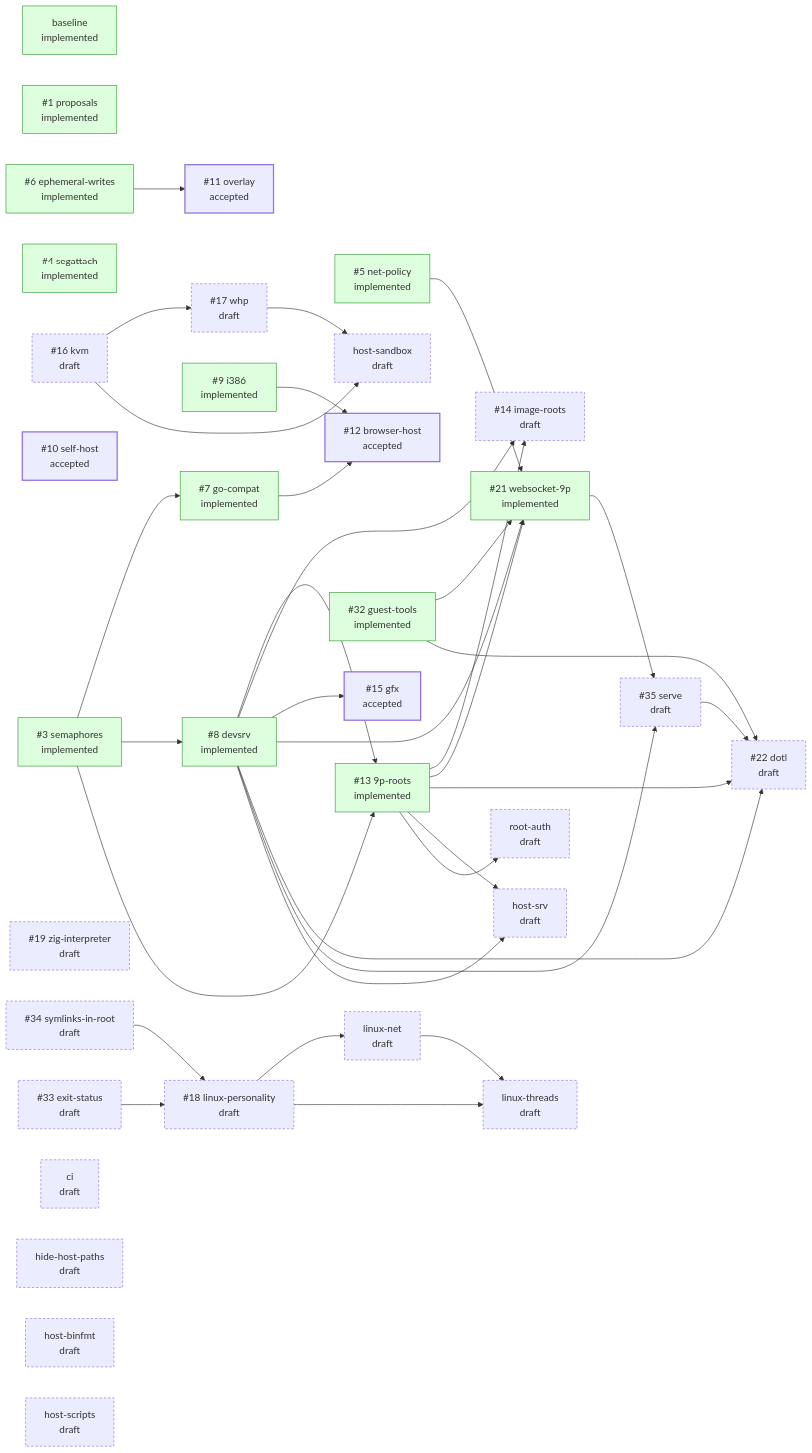
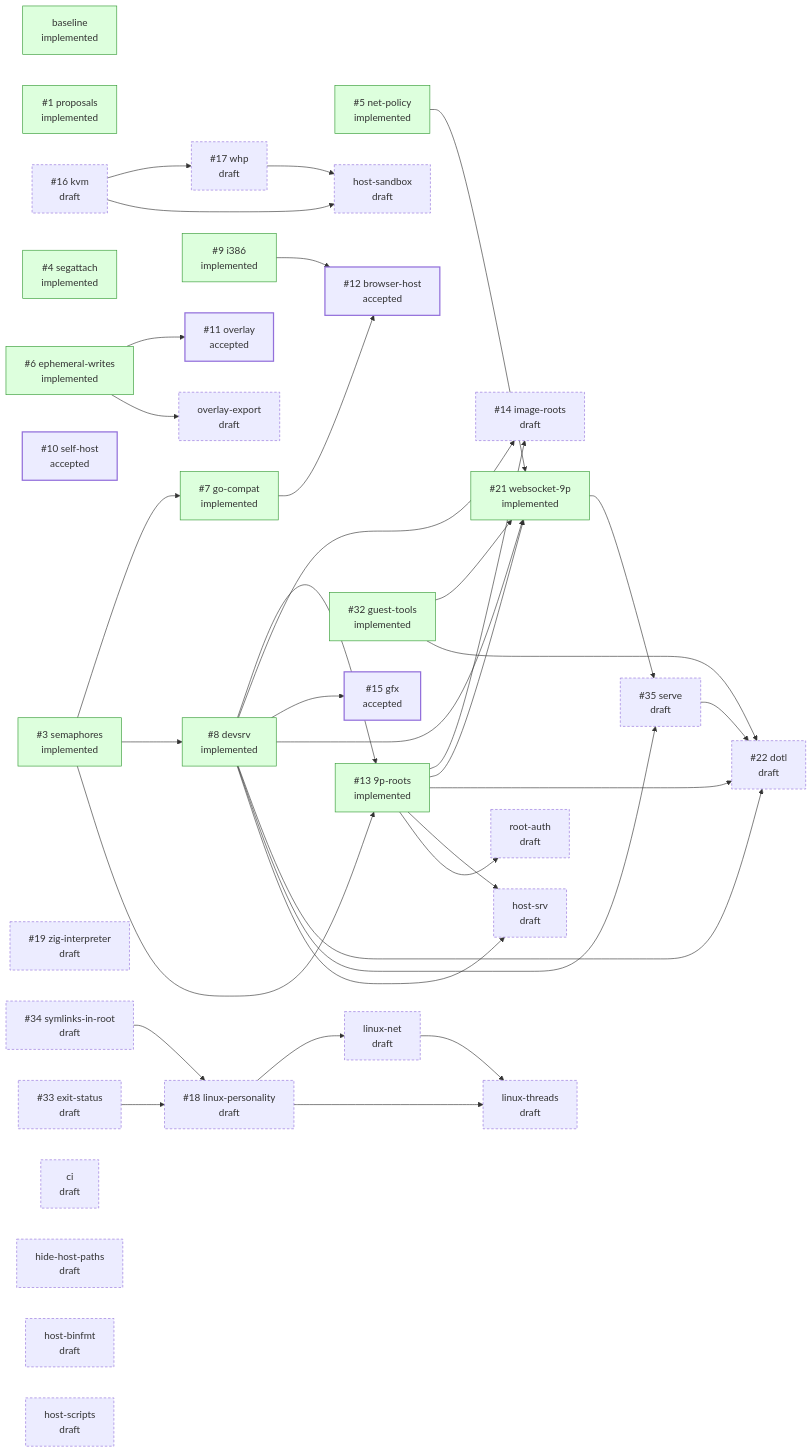
One commit to progrium/hyper9 changed the diagram in README.md. Above: the diagram before and after it, drawn with Mermaid. The commit also changed other lines of this file and 1 other file, not shown here.

Commit message:
design: draft overlay-export, exporting a run's overlay changes as an OCI layer tar
Claude-Session: https://claude.ai/code/session_01LLcnT1uJgitKLkWDd2sDxz

````diff
--- a/README.md
+++ b/README.md
@@ -52,72 +53,74 @@
 ```mermaid
 flowchart LR
   classDef draft stroke-dasharray: 4 3
   classDef accepted stroke-width: 2px
   classDef implemented fill:#dfd,stroke:#393
   classDef closed fill:#eee,stroke:#999,color:#777
   p_baseline["baseline<br/>implemented"]:::implemented
   p_proposals["#35;1 proposals<br/>implemented"]:::implemented
   p_semaphores["#35;3 semaphores<br/>implemented"]:::implemented
   p_segattach["#35;4 segattach<br/>implemented"]:::implemented
   p_net_policy["#35;5 net-policy<br/>implemented"]:::implemented
   p_ephemeral_writes["#35;6 ephemeral-writes<br/>implemented"]:::implemented
   p_go_compat["#35;7 go-compat<br/>implemented"]:::implemented
   p_devsrv["#35;8 devsrv<br/>implemented"]:::implemented
   p_i386["#35;9 i386<br/>implemented"]:::implemented
   p_self_host["#35;10 self-host<br/>accepted"]:::accepted
   p_overlay["#35;11 overlay<br/>accepted"]:::accepted
   p_browser_host["#35;12 browser-host<br/>accepted"]:::accepted
   p_9p_roots["#35;13 9p-roots<br/>implemented"]:::implemented
   p_image_roots["#35;14 image-roots<br/>draft"]:::draft
   p_gfx["#35;15 gfx<br/>accepted"]:::accepted
   p_kvm["#35;16 kvm<br/>draft"]:::draft
   p_whp["#35;17 whp<br/>draft"]:::draft
   p_linux_personality["#35;18 linux-personality<br/>draft"]:::draft
   p_zig_interpreter["#35;19 zig-interpreter<br/>draft"]:::draft
   p_websocket_9p["#35;21 websocket-9p<br/>implemented"]:::implemented
   p_dotl["#35;22 dotl<br/>draft"]:::draft
   p_guest_tools["#35;32 guest-tools<br/>implemented"]:::implemented
   p_exit_status["#35;33 exit-status<br/>draft"]:::draft
   p_symlinks_in_root["#35;34 symlinks-in-root<br/>draft"]:::draft
   p_serve["#35;35 serve<br/>draft"]:::draft
   p_ci["ci<br/>draft"]:::draft
   p_hide_host_paths["hide-host-paths<br/>draft"]:::draft
   p_host_binfmt["host-binfmt<br/>draft"]:::draft
   p_host_sandbox["host-sandbox<br/>draft"]:::draft
   p_host_scripts["host-scripts<br/>draft"]:::draft
   p_host_srv["host-srv<br/>draft"]:::draft
   p_linux_net["linux-net<br/>draft"]:::draft
   p_linux_threads["linux-threads<br/>draft"]:::draft
+  p_overlay_export["overlay-export<br/>draft"]:::draft
   p_root_auth["root-auth<br/>draft"]:::draft
   p_semaphores --> p_go_compat
   p_semaphores --> p_devsrv
   p_ephemeral_writes --> p_overlay
   p_go_compat --> p_browser_host
   p_i386 --> p_browser_host
   p_semaphores --> p_9p_roots
   p_devsrv --> p_9p_roots
   p_devsrv --> p_image_roots
   p_9p_roots --> p_image_roots
   p_devsrv --> p_gfx
   p_kvm --> p_whp
   p_symlinks_in_root --> p_linux_personality
   p_exit_status --> p_linux_personality
   p_net_policy --> p_websocket_9p
   p_devsrv --> p_websocket_9p
   p_9p_roots --> p_websocket_9p
   p_guest_tools --> p_websocket_9p
   p_devsrv --> p_dotl
   p_9p_roots --> p_dotl
   p_serve --> p_dotl
   p_guest_tools --> p_dotl
   p_devsrv --> p_serve
   p_websocket_9p --> p_serve
   p_kvm --> p_host_sandbox
   p_whp --> p_host_sandbox
   p_devsrv --> p_host_srv
   p_9p_roots --> p_host_srv
   p_linux_personality --> p_linux_net
   p_linux_personality --> p_linux_threads
   p_linux_net --> p_linux_threads
+  p_ephemeral_writes --> p_overlay_export
   p_9p_roots --> p_root_auth
 ```
````
